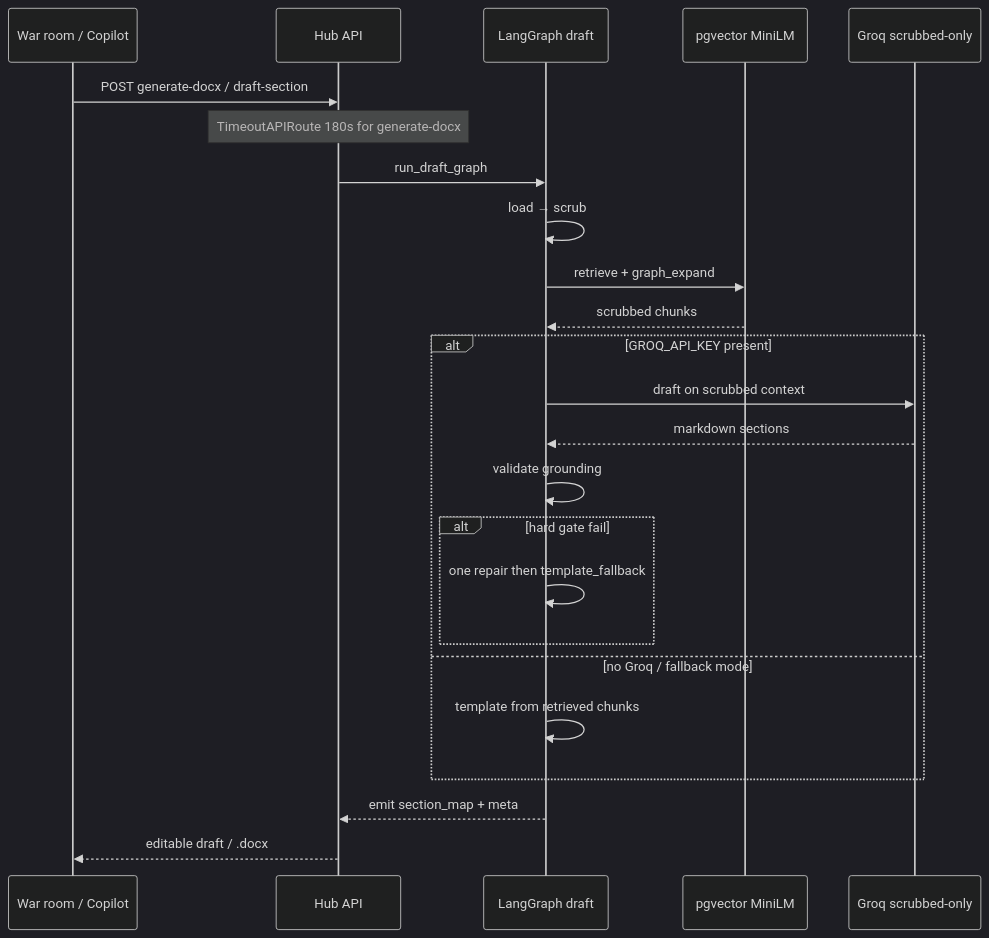
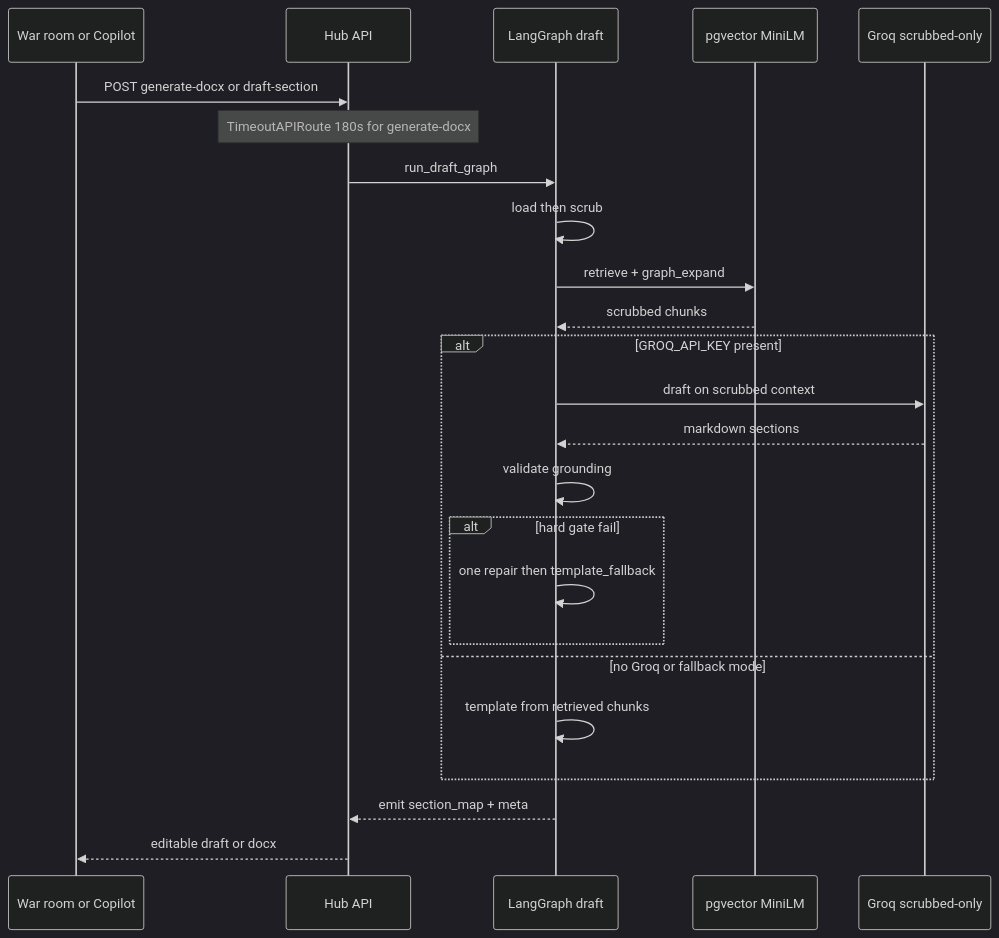
The third of 4 diagrams in docs/architecture/data-flow.md (sanjayrkshetty/presales-hub), drawn with Mermaid (dark theme) before and after one commit. The commit also changed other lines of this file and 2 other files, not shown here.

First line of the commit message:
fix(docs): make architecture Mermaid GitHub-safe

````diff
--- a/docs/architecture/data-flow.md
+++ b/docs/architecture/data-flow.md
@@ -48,27 +48,27 @@
 ```mermaid
 sequenceDiagram
-    participant FE as War room / Copilot
+    participant FE as War room or Copilot
     participant API as Hub API
     participant G as LangGraph draft
     participant VS as pgvector MiniLM
     participant GR as Groq scrubbed-only
 
-    FE->>API: POST generate-docx / draft-section
+    FE->>API: POST generate-docx or draft-section
     Note over API: TimeoutAPIRoute 180s for generate-docx
     API->>G: run_draft_graph
-    G->>G: load → scrub
+    G->>G: load then scrub
     G->>VS: retrieve + graph_expand
     VS-->>G: scrubbed chunks
     alt GROQ_API_KEY present
         G->>GR: draft on scrubbed context
         GR-->>G: markdown sections
         G->>G: validate grounding
         alt hard gate fail
             G->>G: one repair then template_fallback
         end
-    else no Groq / fallback mode
+    else no Groq or fallback mode
         G->>G: template from retrieved chunks
     end
     G-->>API: emit section_map + meta
-    API-->>FE: editable draft / .docx
+    API-->>FE: editable draft or docx
 ```
````
